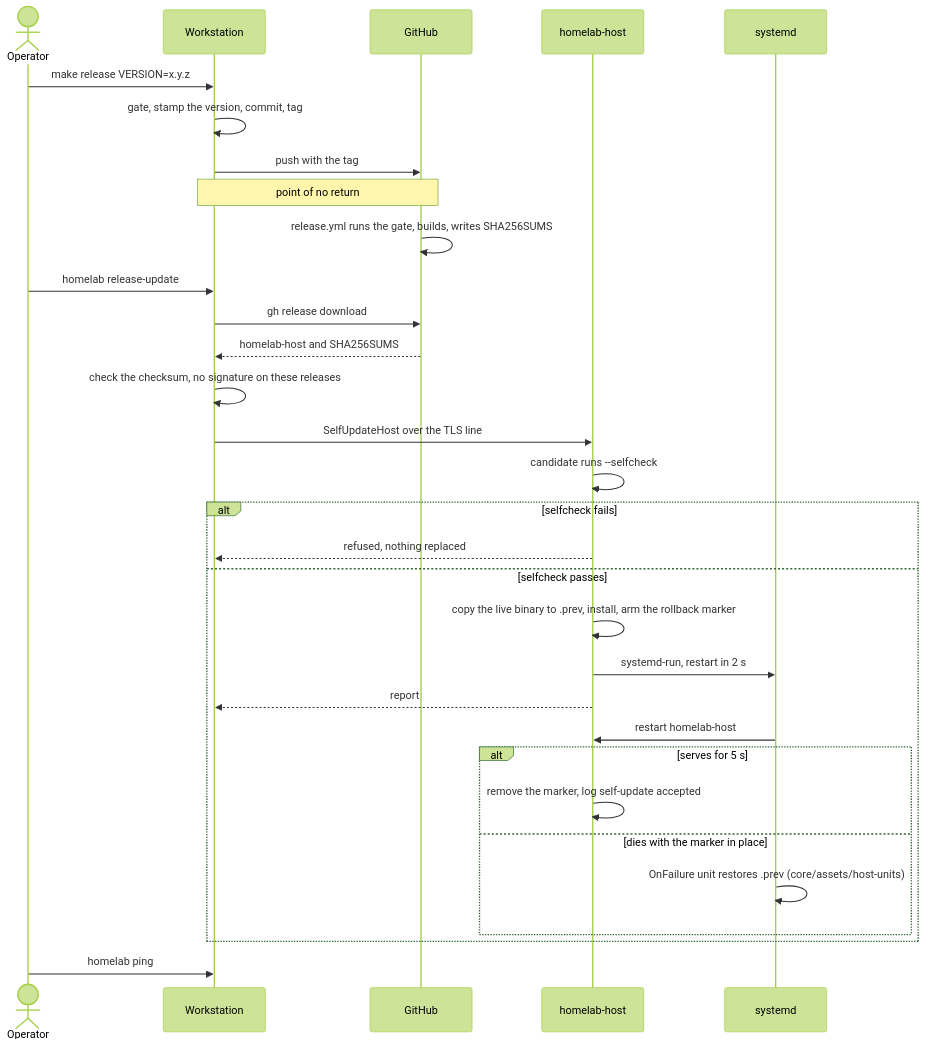
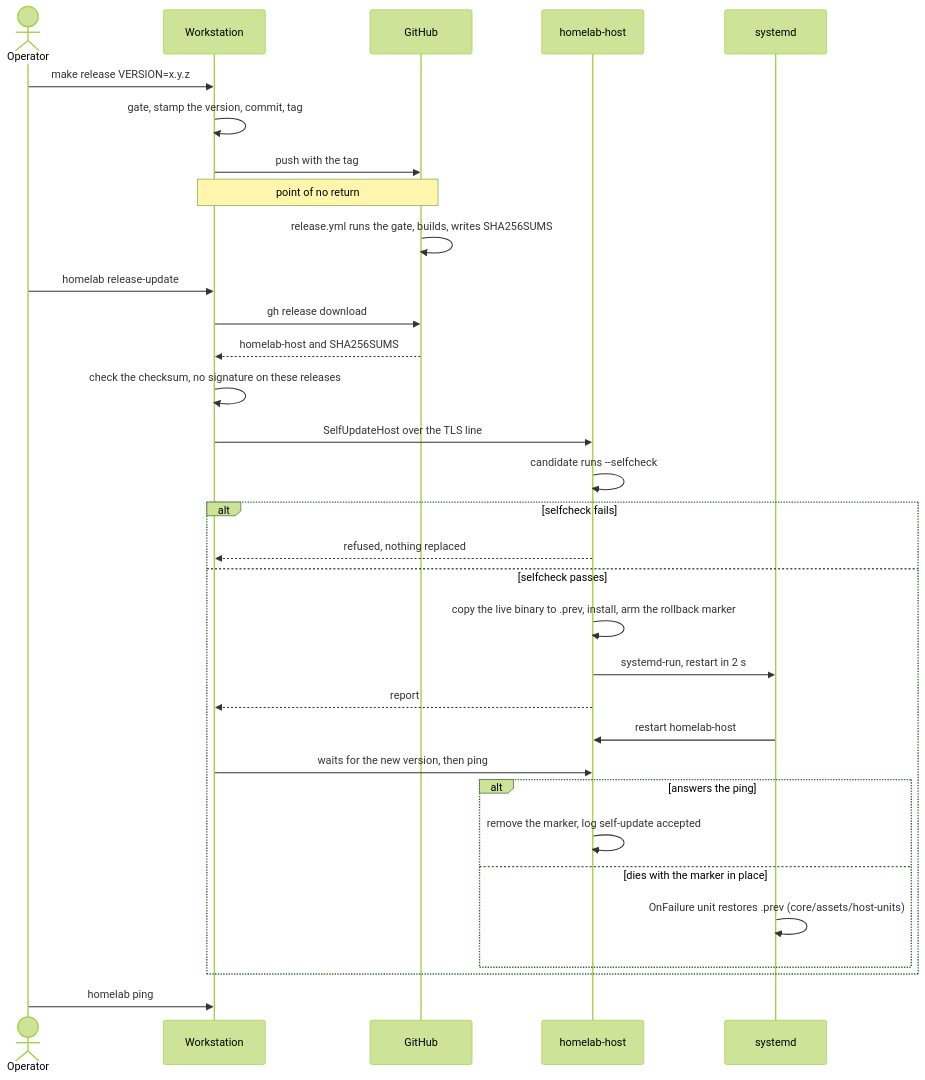
The fourth of 6 diagrams in docs/OPERATIONS_RUNBOOK.md (kennypassenier/homelab), drawn with Mermaid (forest theme) before and after one commit. The commit also changed other lines of this file and 9 other files, not shown here.

````diff
--- a/docs/OPERATIONS_RUNBOOK.md
+++ b/docs/OPERATIONS_RUNBOOK.md
@@ -741,33 +744,34 @@
 ```mermaid
 sequenceDiagram
     actor O as Operator
     participant W as Workstation
     participant G as GitHub
     participant H as homelab-host
     participant S as systemd
     O->>W: make release VERSION=x.y.z
     W->>W: gate, stamp the version, commit, tag
     W->>G: push with the tag
     Note over W,G: point of no return
     G->>G: release.yml runs the gate, builds, writes SHA256SUMS
     O->>W: homelab release-update
     W->>G: gh release download
     G-->>W: homelab-host and SHA256SUMS
     W->>W: check the checksum, no signature on these releases
     W->>H: SelfUpdateHost over the TLS line
     H->>H: candidate runs --selfcheck
     alt selfcheck fails
         H-->>W: refused, nothing replaced
     else selfcheck passes
         H->>H: copy the live binary to .prev, install, arm the rollback marker
         H->>S: systemd-run, restart in 2 s
         H-->>W: report
         S->>H: restart homelab-host
-        alt serves for 5 s
+        W->>H: waits for the new version, then ping
+        alt answers the ping
             H->>H: remove the marker, log self-update accepted
         else dies with the marker in place
             S->>S: OnFailure unit restores .prev (core/assets/host-units)
         end
     end
     O->>W: homelab ping
 ```
````
